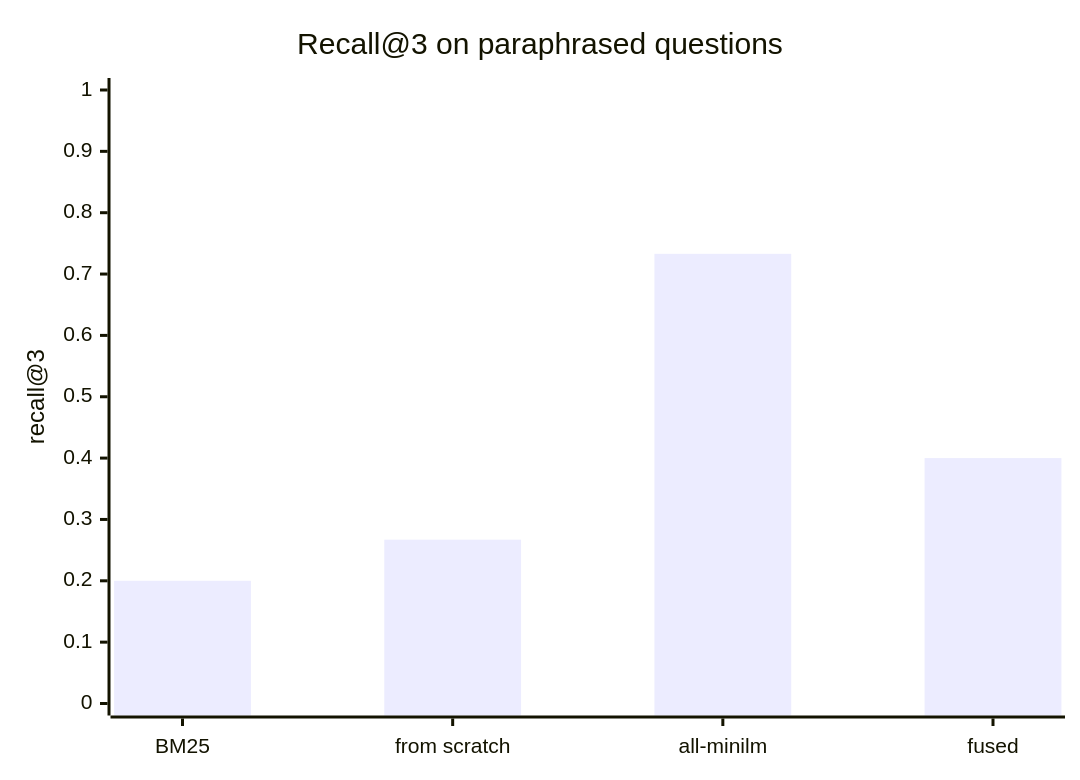
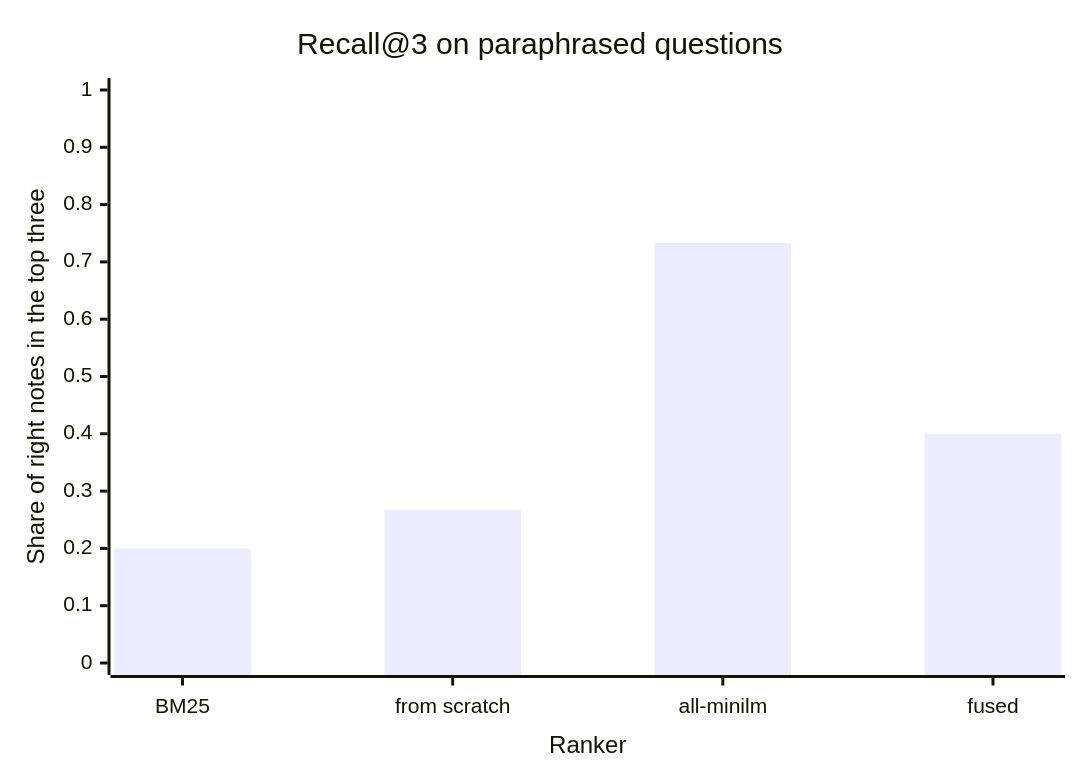
Before and after one commit to profrodai/sovereign-agent: the diagram in book/textbook/ch06/profrod-sovereign-agent-ch06-embeddings-vector-search-chapter.md, drawn with Mermaid. The commit also changed other lines of this file and 14 other files, not shown here.

First line of the commit message:
Make every chart readable on its own: named series, titled axes, captions that explain

````diff
--- a/book/textbook/ch06/profrod-sovereign-agent-ch06-embeddings-vector-search-chapter.md
+++ b/book/textbook/ch06/profrod-sovereign-agent-ch06-embeddings-vector-search-chapter.md
@@ -221,7 +221,7 @@
 ```mermaid
 xychart-beta
     title "Recall@3 on paraphrased questions"
-    x-axis ["BM25", "from scratch", "all-minilm", "fused"]
-    y-axis "recall@3" 0 --> 1
+    x-axis "Ranker" ["BM25", "from scratch", "all-minilm", "fused"]
+    y-axis "Share of right notes in the top three" 0 --> 1
     bar [0.2, 0.267, 0.733, 0.4]
 ```
````
